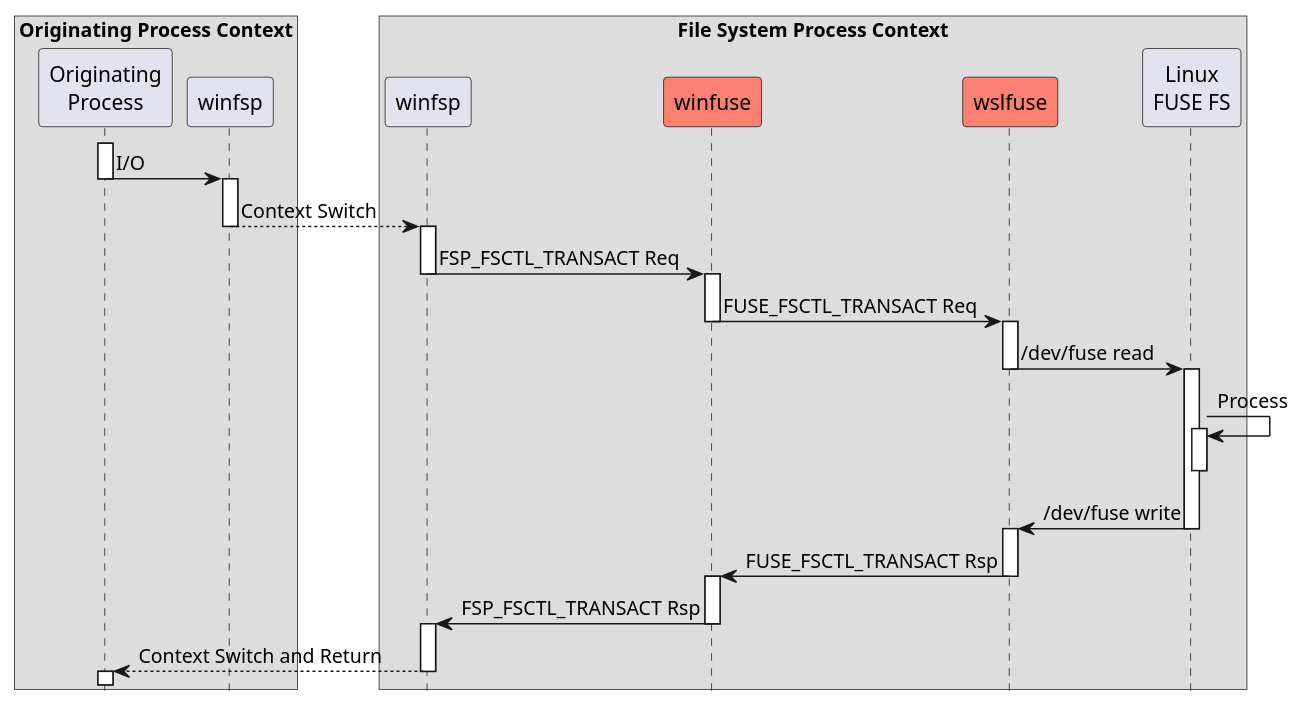
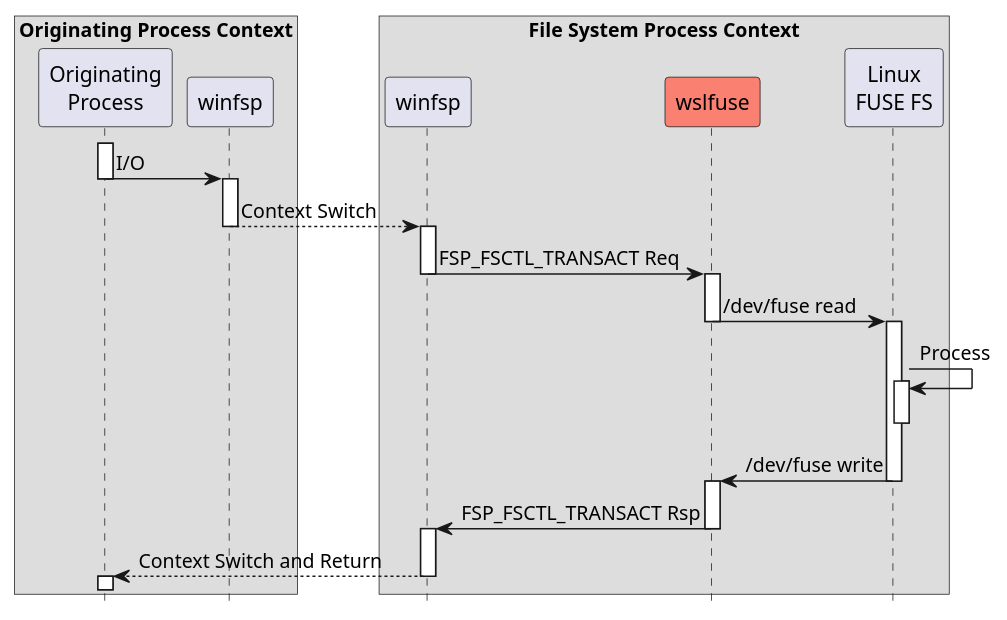
The diagram in doc/wslseq.puml (billziss-gh/winfuse), drawn with PlantUML before and after one commit. The commit also changed 6 other files, not shown here.

Commit message:
doc: update architectural diagrams

```diff
--- a/doc/wslseq.puml
+++ b/doc/wslseq.puml
@@ -1,44 +1,38 @@
+skinparam shadowing false
 hide footbox
 
 box "Originating Process Context"
     participant "Originating\nProcess" as OP
     participant "winfsp" as winfspOP
 end box
 box "File System Process Context"
     participant "winfsp" as winfspFS
-    participant winfuse #Salmon
     participant wslfuse #Salmon
     participant "Linux\nFUSE FS" as FS
 end box
 
 activate OP
 OP->winfspOP: I/O
 deactivate OP
 activate winfspOP
 winfspOP-->winfspFS: Context Switch
 deactivate winfspOP
 activate winfspFS
-winfspFS->winfuse: FSP_FSCTL_TRANSACT Req
+winfspFS->wslfuse: FSP_FSCTL_TRANSACT Req
 deactivate winfspFS
-activate winfuse
-winfuse->wslfuse: FUSE_FSCTL_TRANSACT Req
-deactivate winfuse
 activate wslfuse
 wslfuse->FS: /dev/fuse read
 deactivate wslfuse
 activate FS
 FS->FS: Process
 activate FS
 deactivate FS
 FS->wslfuse: /dev/fuse write
 deactivate FS
 activate wslfuse
-wslfuse->winfuse: FUSE_FSCTL_TRANSACT Rsp
+wslfuse->winfspFS: FSP_FSCTL_TRANSACT Rsp
 deactivate wslfuse
-activate winfuse
-winfuse->winfspFS: FSP_FSCTL_TRANSACT Rsp
-deactivate winfuse
 activate winfspFS
 winfspFS-->OP: Context Switch and Return
 deactivate winfspFS
 activate OP
```
